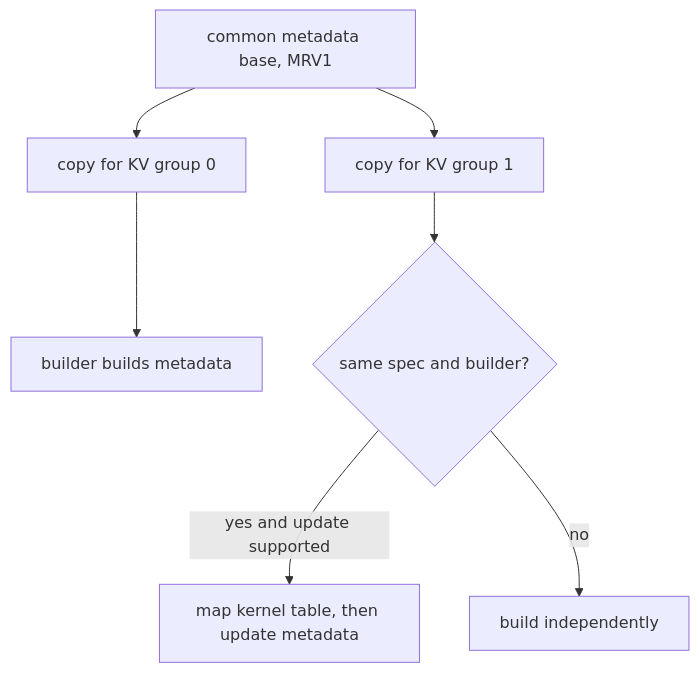
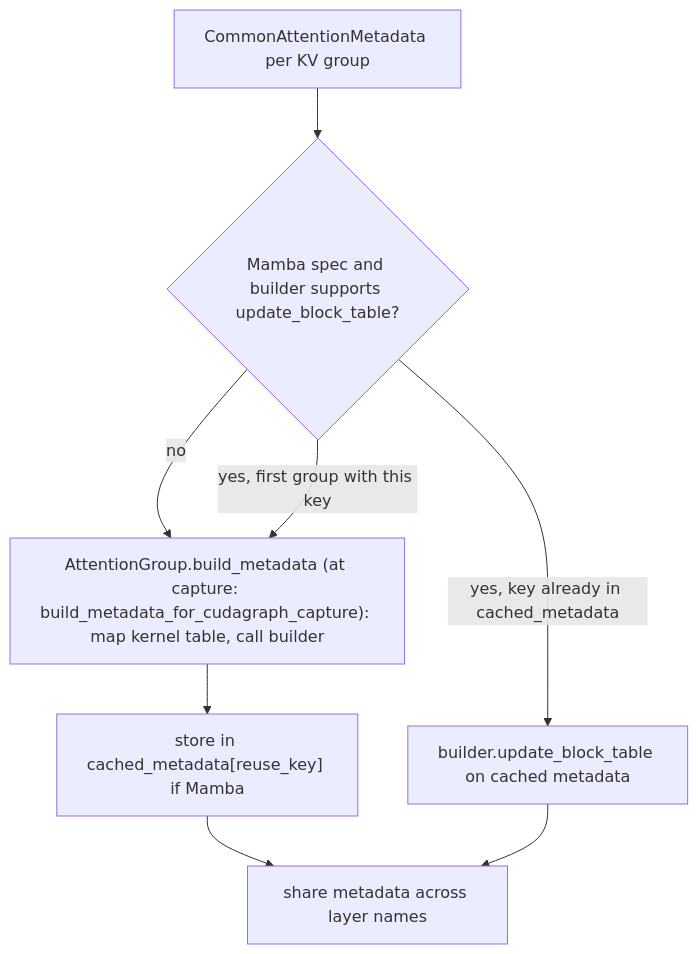
Diagram 26 of 43 in book/06-paged-attention/README.md (cluster1900/vllm_reader), drawn with Mermaid before and after one commit. The commit also changed other lines of this file, not shown here.

Commit message:
docs(B6): ch06 rebound to MRV2-only block table and metadata path

````diff
--- a/book/06-paged-attention/README.md
+++ b/book/06-paged-attention/README.md
@@ -933,9 +933,10 @@
 ```mermaid
 flowchart TD
-    C["common metadata base, MRV1"] --> G0["copy for KV group 0"]
-    C --> G1["copy for KV group 1"]
-    G0 --> BUILD["builder builds metadata"]
-    G1 --> SAME{"same spec and builder?"}
-    SAME -->|"yes and update supported"| UPDATE["map kernel table, then update metadata"]
-    SAME -->|"no"| BUILD2["build independently"]
+    C["CommonAttentionMetadata per KV group"] --> K{"Mamba spec and builder supports update_block_table?"}
+    K -->|"no"| B["AttentionGroup.build_metadata (at capture: build_metadata_for_cudagraph_capture): map kernel table, call builder"]
+    K -->|"yes, first group with this key"| B
+    K -->|"yes, key already in cached_metadata"| U["builder.update_block_table on cached metadata"]
+    B --> CACHE["store in cached_metadata[reuse_key] if Mamba"]
+    CACHE --> L["share metadata across layer names"]
+    U --> L
 ```
````
